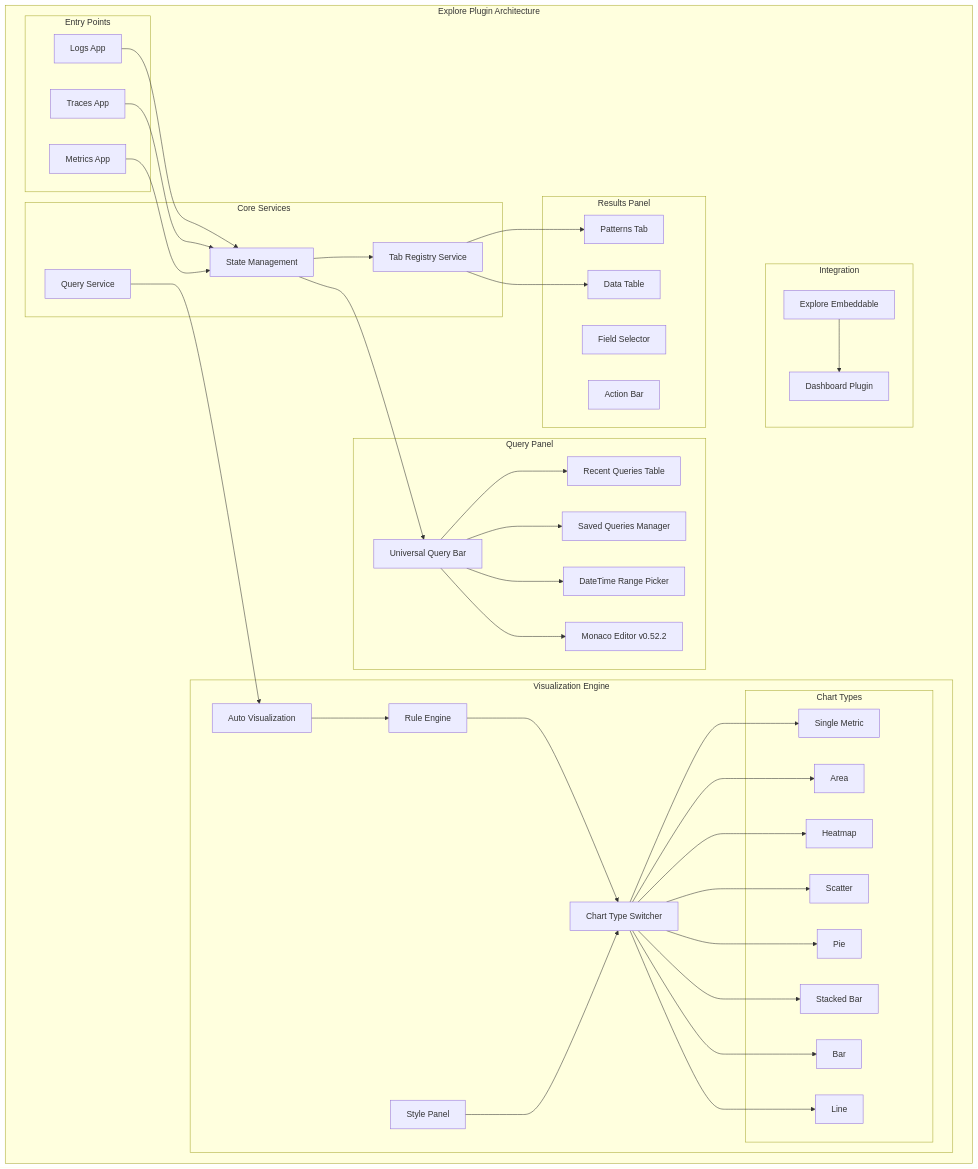
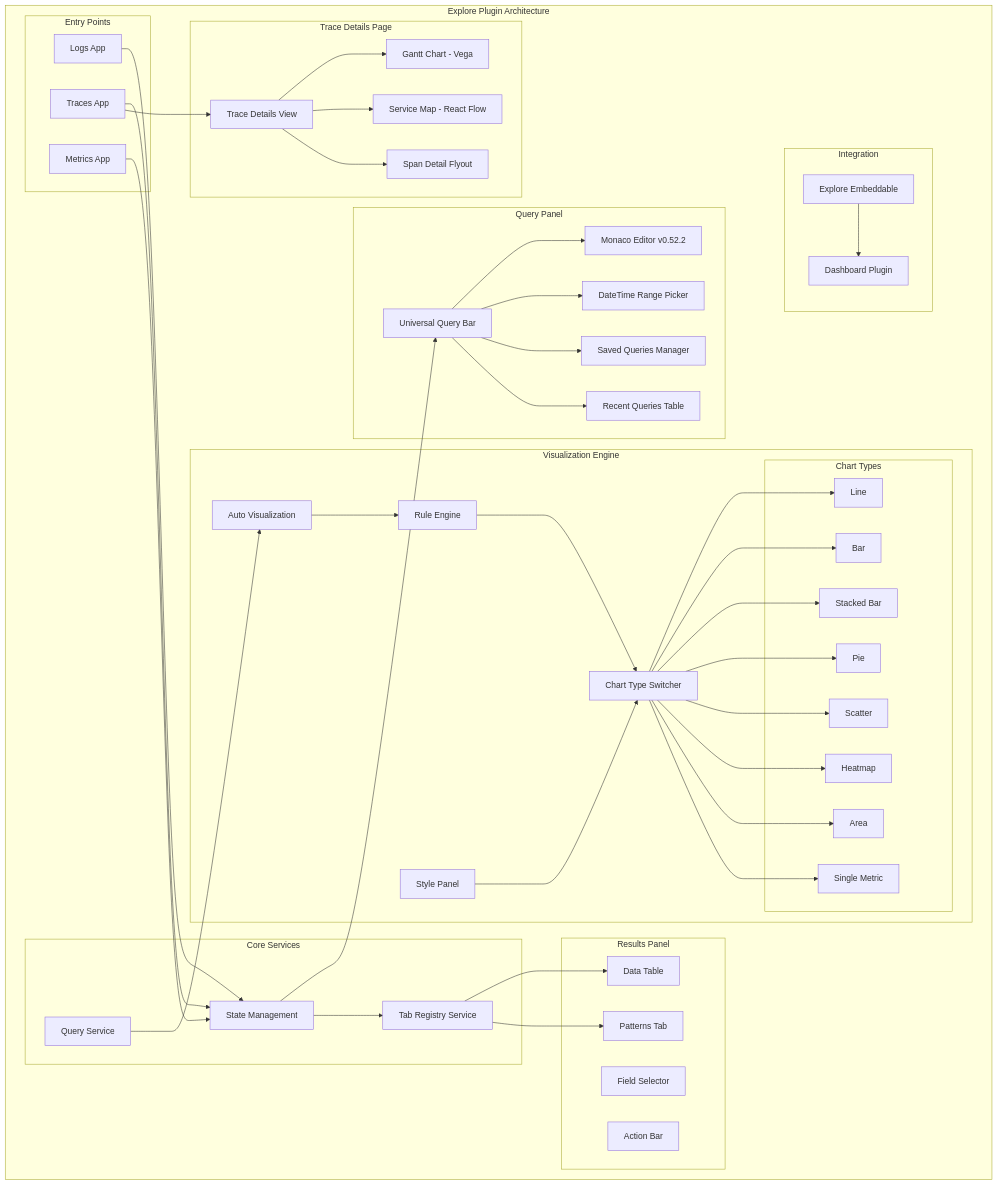
One commit to tkykenmt/opensearch-feature-explorer changed the first of 2 diagrams in docs/features/opensearch-dashboards/explore.md. Above: the diagram before and after it, drawn with Mermaid. The commit also changed other lines of this file and 2 other files, not shown here.

Commit message:
docs: add Trace Details Page report for v3.2.0 (#1179)

```diff
--- a/docs/features/opensearch-dashboards/explore.md
+++ b/docs/features/opensearch-dashboards/explore.md
@@ -22,6 +23,13 @@
             LogsApp[Logs App]
             TracesApp[Traces App]
             MetricsApp[Metrics App]
+        end
+        
+        subgraph "Trace Details Page"
+            TraceView[Trace Details View]
+            GanttChart[Gantt Chart - Vega]
+            ServiceMap[Service Map - React Flow]
+            SpanFlyout[Span Detail Flyout]
         end
         
         subgraph "Core Services"
@@ -71,7 +79,12 @@
     
     LogsApp --> StateManager
     TracesApp --> StateManager
+    TracesApp --> TraceView
     MetricsApp --> StateManager
+    
+    TraceView --> GanttChart
+    TraceView --> ServiceMap
+    TraceView --> SpanFlyout
     
     StateManager --> QueryBar
     StateManager --> TabRegistry
```
